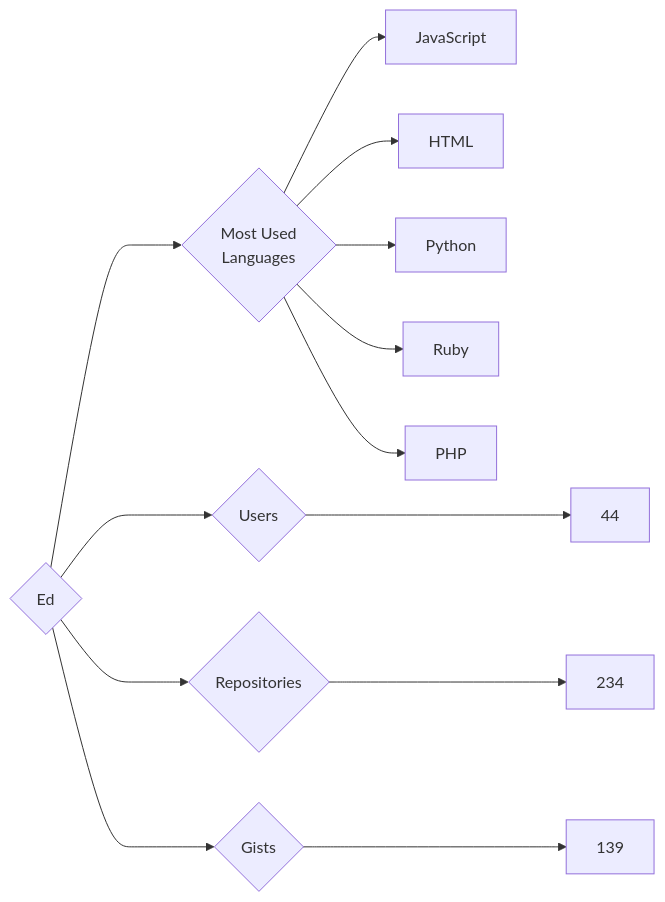
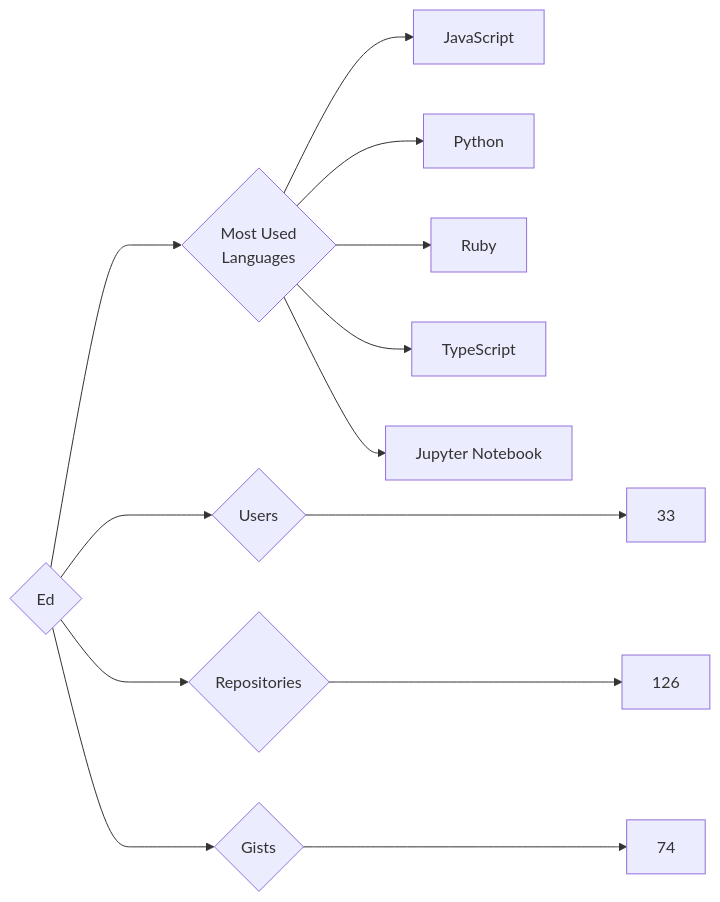
The diagram in targets/Ed/README.md (trickest/insiders), drawn with Mermaid before and after one commit. The commit also changed 644 other files, not shown here.

````diff
--- a/targets/Ed/README.md
+++ b/targets/Ed/README.md
@@ -3,13 +3,13 @@
 ```mermaid
 graph LR
 COMPANY_NAME{Ed}
-COMPANY_NAME ---> U{Users} ---> UN[44]
-COMPANY_NAME ---> R{Repositories} ---> RN[234]
-COMPANY_NAME ---> G{Gists} ---> GN[139]
+COMPANY_NAME ---> U{Users} ---> UN[33]
+COMPANY_NAME ---> R{Repositories} ---> RN[126]
+COMPANY_NAME ---> G{Gists} ---> GN[74]
 COMPANY_NAME ---> ML{Most Used<br>Languages}
 ML --> JavaScript[JavaScript]
-ML --> HTML[HTML]
 ML --> Python[Python]
 ML --> Ruby[Ruby]
-ML --> PHP[PHP]
+ML --> TypeScript[TypeScript]
+ML --> Jupyter_Notebook[Jupyter Notebook]
 ```
````
